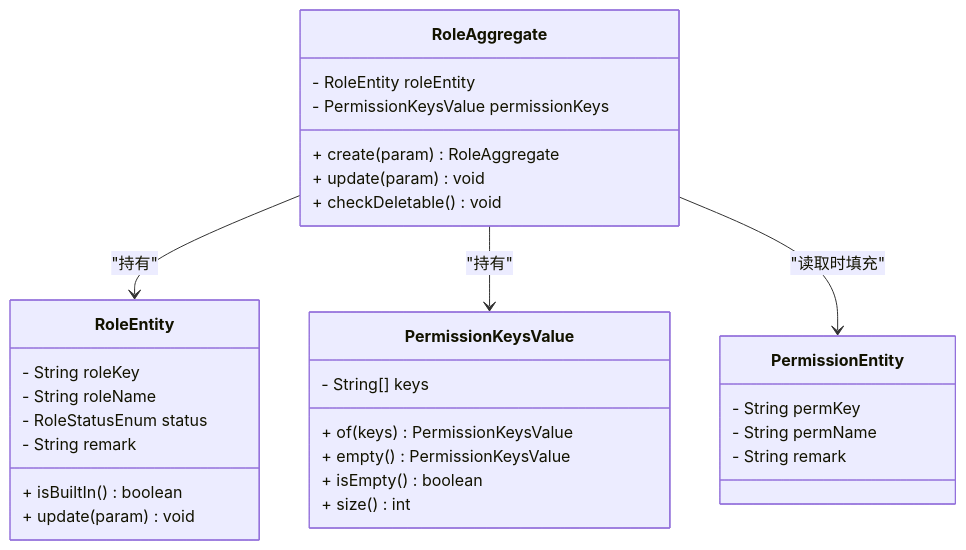
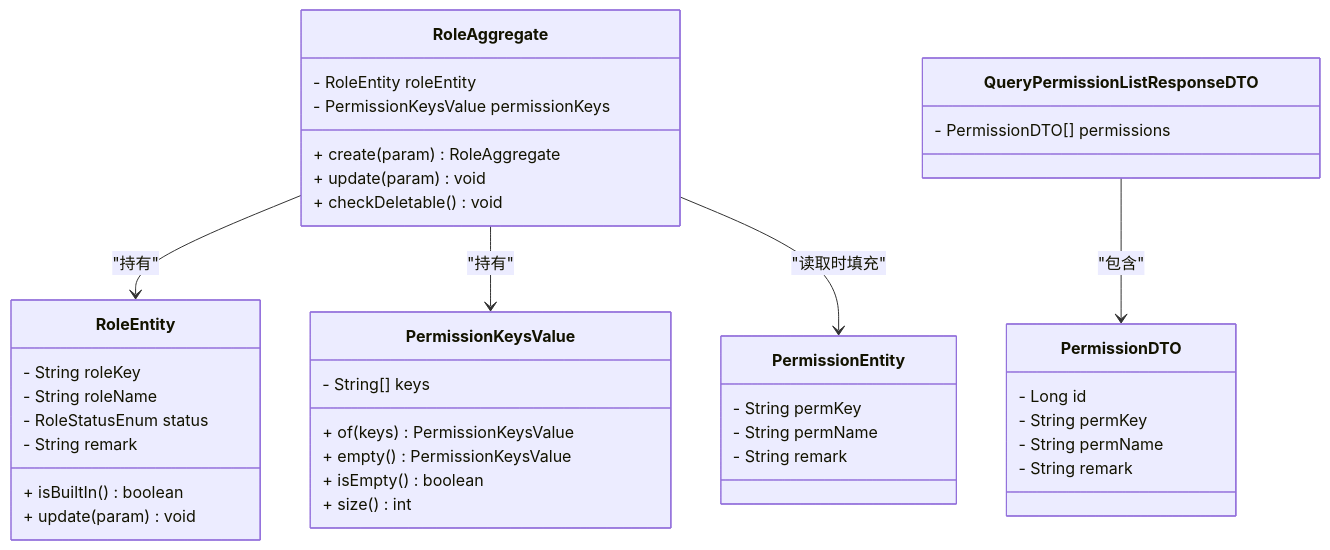
The third of 8 diagrams in .qoder/repowiki/zh/content/核心业务模块/角色权限管理模块.md (sunnaoxixi/spring-ddd-template), drawn with Mermaid before and after one commit. The commit also changed other lines of this file and 91 other files, not shown here.

````diff
--- a/.qoder/repowiki/zh/content/核心业务模块/角色权限管理模块.md
+++ b/.qoder/repowiki/zh/content/核心业务模块/角色权限管理模块.md
@@ -185,33 +205,43 @@
 ```mermaid
 classDiagram
 class RoleAggregate {
 - RoleEntity roleEntity
 - PermissionKeysValue permissionKeys
 + create(param) RoleAggregate
 + update(param) void
 + checkDeletable() void
 }
 class RoleEntity {
 - String roleKey
 - String roleName
 - RoleStatusEnum status
 - String remark
 + isBuiltIn() boolean
 + update(param) void
 }
 class PermissionEntity {
 - String permKey
 - String permName
 - String remark
 }
+class PermissionDTO {
+- Long id
+- String permKey
+- String permName
+- String remark
+}
+class QueryPermissionListResponseDTO {
+- PermissionDTO[] permissions
+}
 class PermissionKeysValue {
 - String[] keys
 + of(keys) PermissionKeysValue
 + empty() PermissionKeysValue
 + isEmpty() boolean
 + size() int
 }
 RoleAggregate --> RoleEntity : "持有"
 RoleAggregate --> PermissionKeysValue : "持有"
 RoleAggregate --> PermissionEntity : "读取时填充"
+QueryPermissionListResponseDTO --> PermissionDTO : "包含"
 ```
````
